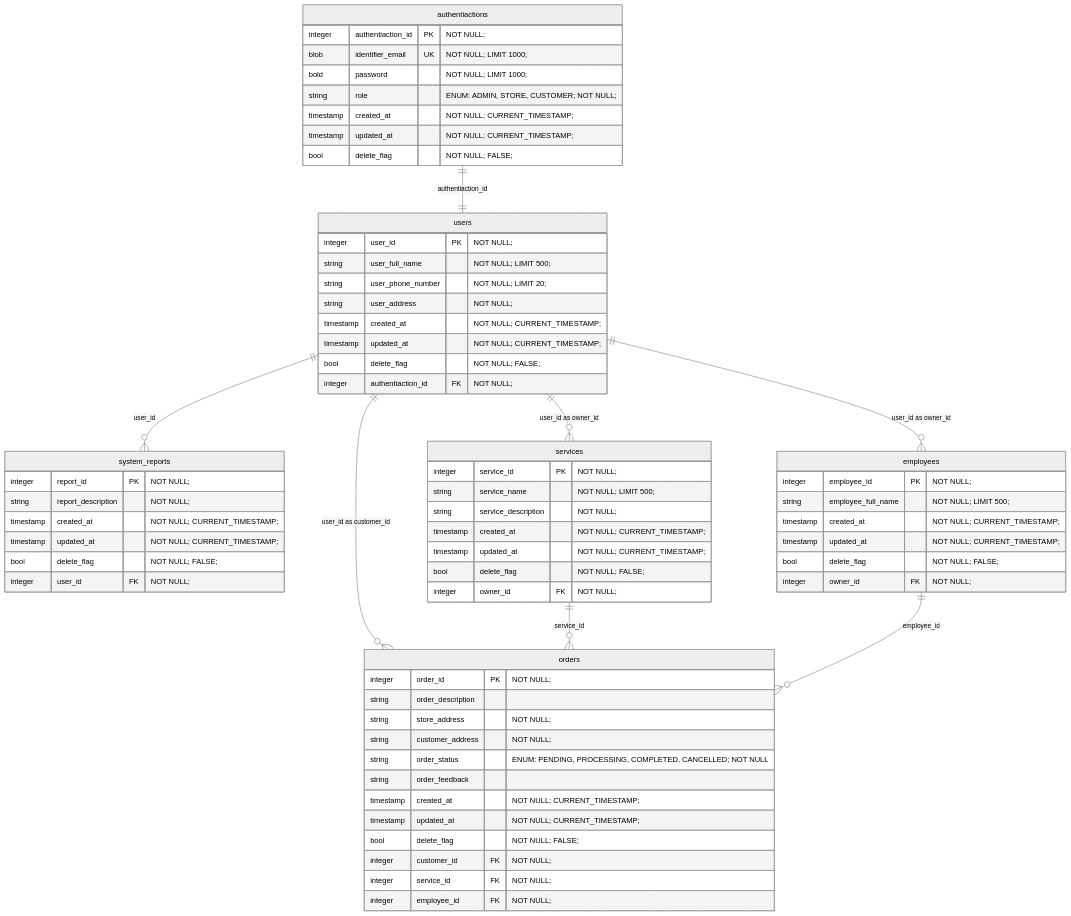
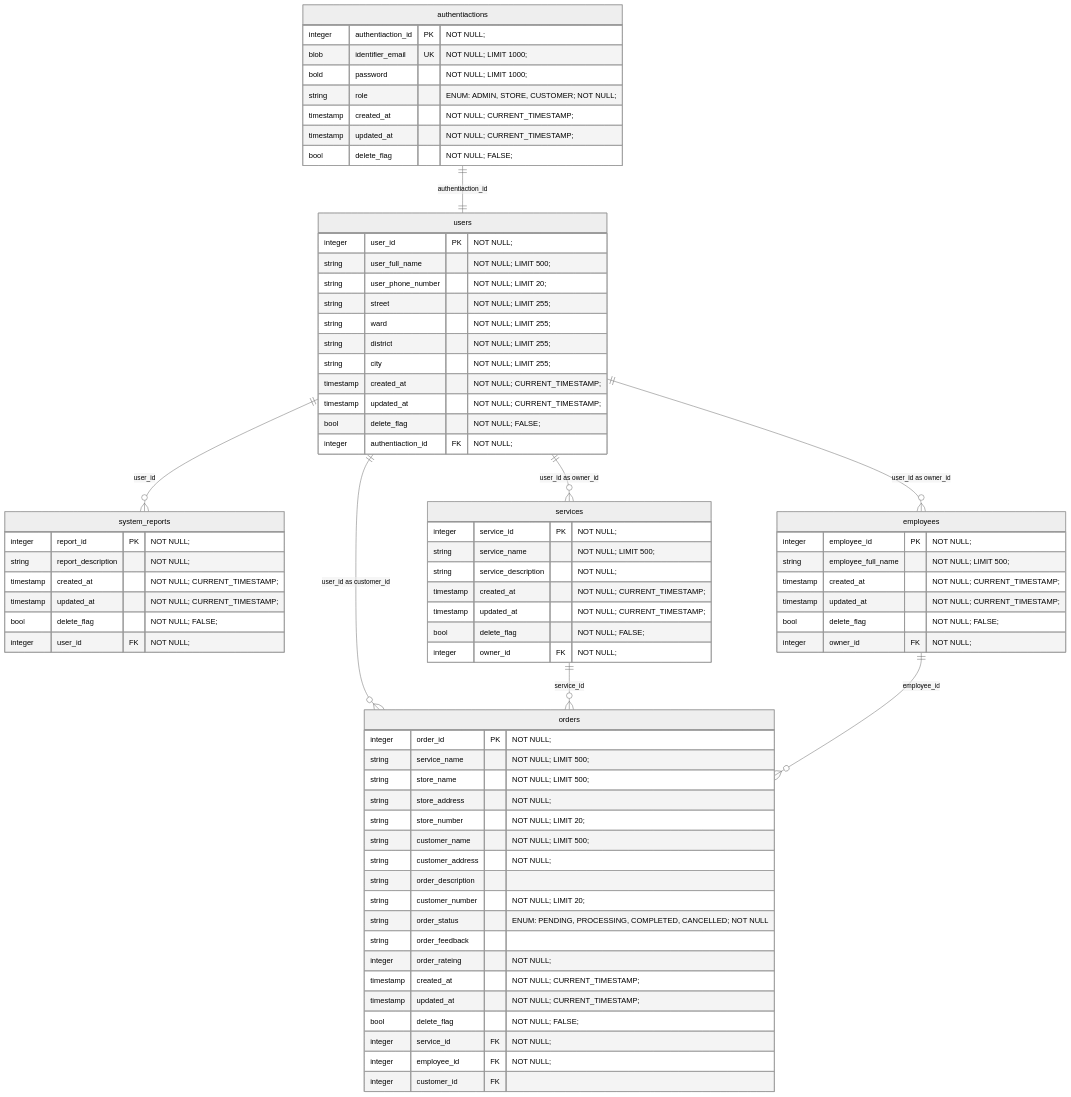
Before and after one commit to qthiendev/Repair-Dash-System-BE: the diagram in src/docs/Database-v1.md, drawn with Mermaid (neutral theme). The commit also changed 11 other files, not shown here.

````diff
--- a/src/docs/Database-v1.md
+++ b/src/docs/Database-v1.md
@@ -26,7 +26,10 @@
         integer user_id PK "NOT NULL;"
         string user_full_name "NOT NULL; LIMIT 500;"
         string user_phone_number "NOT NULL; LIMIT 20;"
-        string user_address "NOT NULL;"
+        string street "NOT NULL; LIMIT 255;"
+        string ward "NOT NULL; LIMIT 255;"
+        string district "NOT NULL; LIMIT 255;"
+        string city "NOT NULL; LIMIT 255;"
         timestamp created_at "NOT NULL; CURRENT_TIMESTAMP;"
         timestamp updated_at "NOT NULL; CURRENT_TIMESTAMP;"
         bool delete_flag "NOT NULL; FALSE;"
@@ -63,16 +66,22 @@
 
     orders {
         integer order_id PK "NOT NULL;"
+        string service_name "NOT NULL; LIMIT 500;"
+        string store_name "NOT NULL; LIMIT 500;"
+        string store_address "NOT NULL;"
+        string store_number "NOT NULL; LIMIT 20;"
+        string customer_name "NOT NULL; LIMIT 500;"
+        string customer_address "NOT NULL;"
         string order_description 
-        string store_address "NOT NULL;"
-        string customer_address "NOT NULL;"
+        string customer_number "NOT NULL; LIMIT 20;"
         string order_status "ENUM: PENDING, PROCESSING, COMPLETED, CANCELLED; NOT NULL"
         string order_feedback
+        integer order_rateing "NOT NULL;"
         timestamp created_at "NOT NULL; CURRENT_TIMESTAMP;"
         timestamp updated_at "NOT NULL; CURRENT_TIMESTAMP;"
         bool delete_flag "NOT NULL; FALSE;"
-        integer customer_id FK "NOT NULL;"
         integer service_id FK "NOT NULL;"
         integer employee_id FK "NOT NULL;"
+        integer customer_id FK
     }
 ```
````
